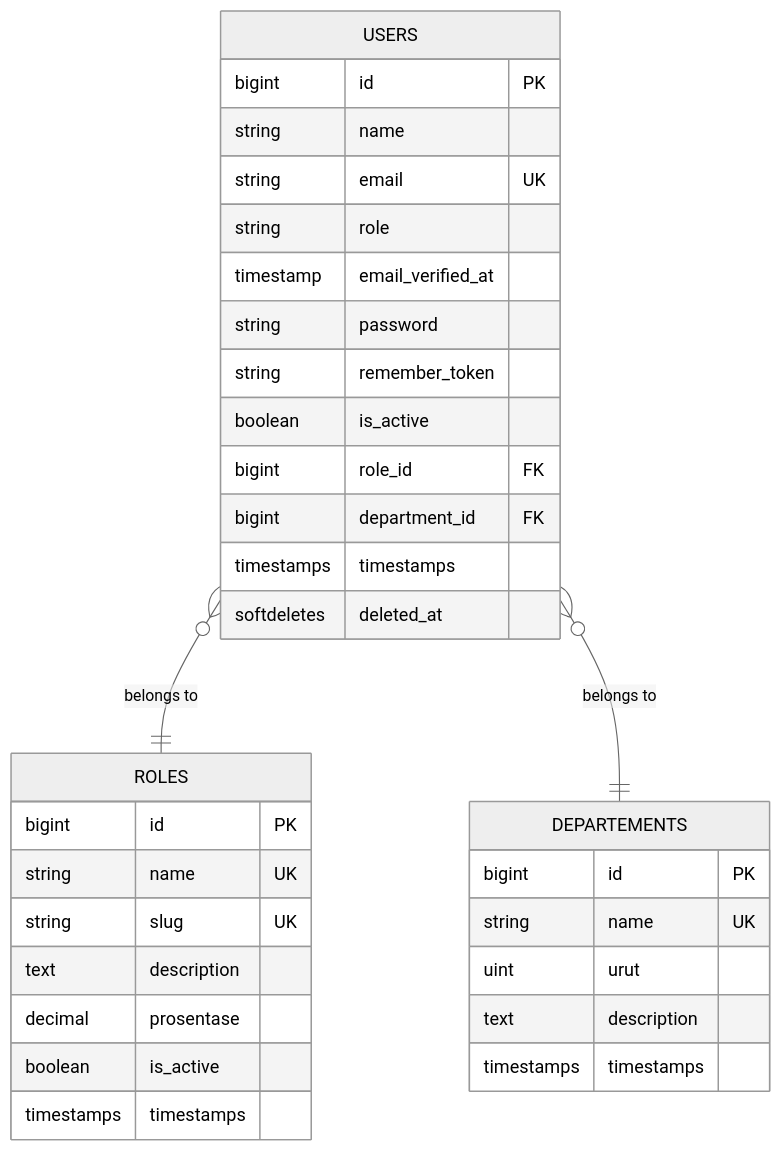
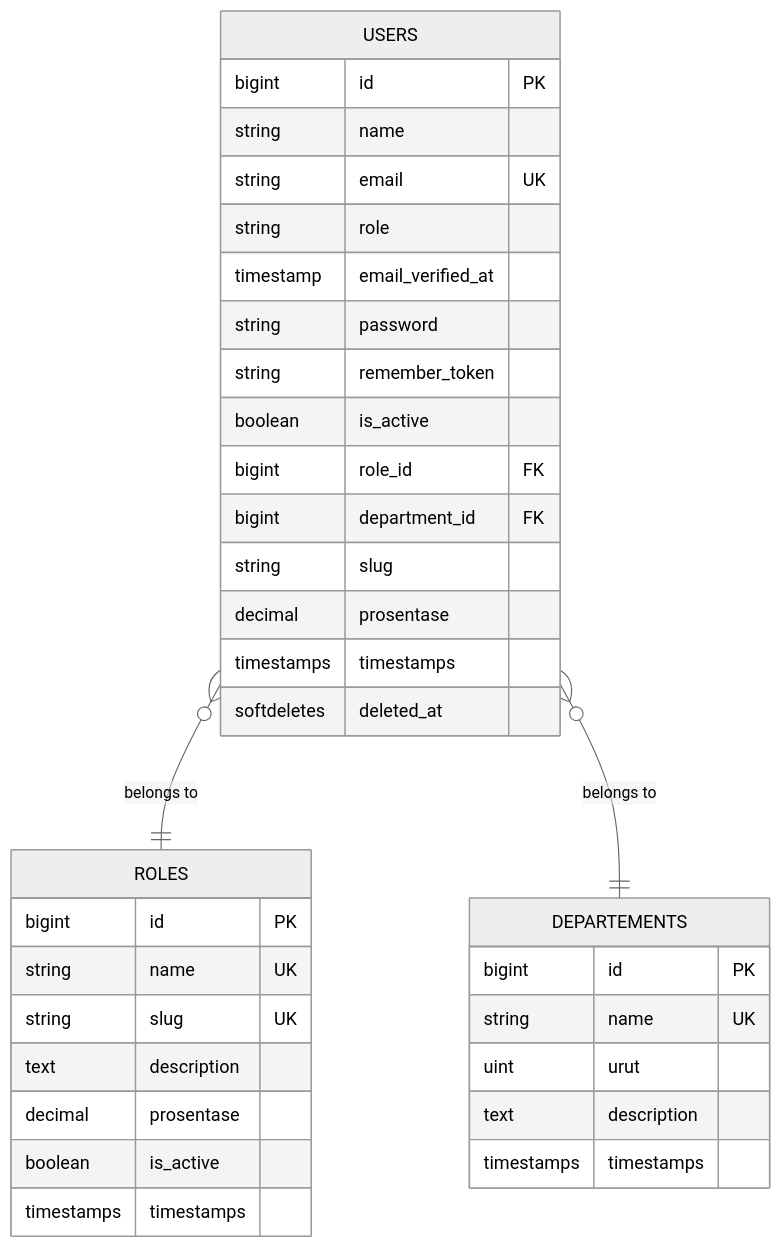
The second of 7 diagrams in .qoder/repowiki/en/content/Data Models & Database Schema/Core Entities.md (rudicatsmile/assesment360), drawn with Mermaid (neutral theme) before and after one commit. The commit also changed other lines of this file and 10 other files, not shown here.

First line of the commit message:
feat(auth): enhance user model with slug and prosentase fields

````diff
--- a/.qoder/repowiki/en/content/Data Models & Database Schema/Core Entities.md
+++ b/.qoder/repowiki/en/content/Data Models & Database Schema/Core Entities.md
@@ -127,35 +146,37 @@
 ```mermaid
 erDiagram
 ROLES {
 bigint id PK
 string name UK
 string slug UK
 text description
 decimal prosentase
 boolean is_active
 timestamps timestamps
 }
 DEPARTEMENTS {
 bigint id PK
 string name UK
 uint urut
 text description
 timestamps timestamps
 }
 USERS {
 bigint id PK
 string name
 string email UK
 string role
 timestamp email_verified_at
 string password
 string remember_token
 boolean is_active
 bigint role_id FK
 bigint department_id FK
+string slug
+decimal prosentase
 timestamps timestamps
 softdeletes deleted_at
 }
 USERS }o--|| ROLES : "belongs to"
 USERS }o--|| DEPARTEMENTS : "belongs to"
 ```
````
